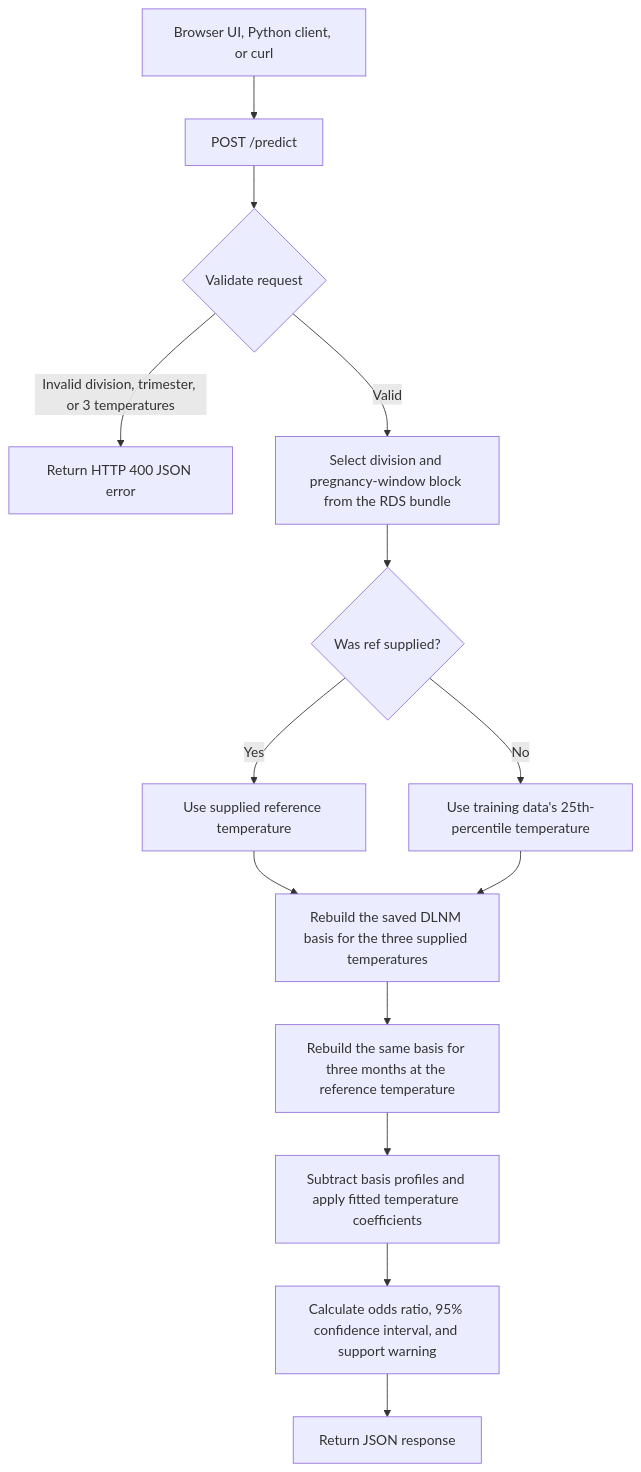
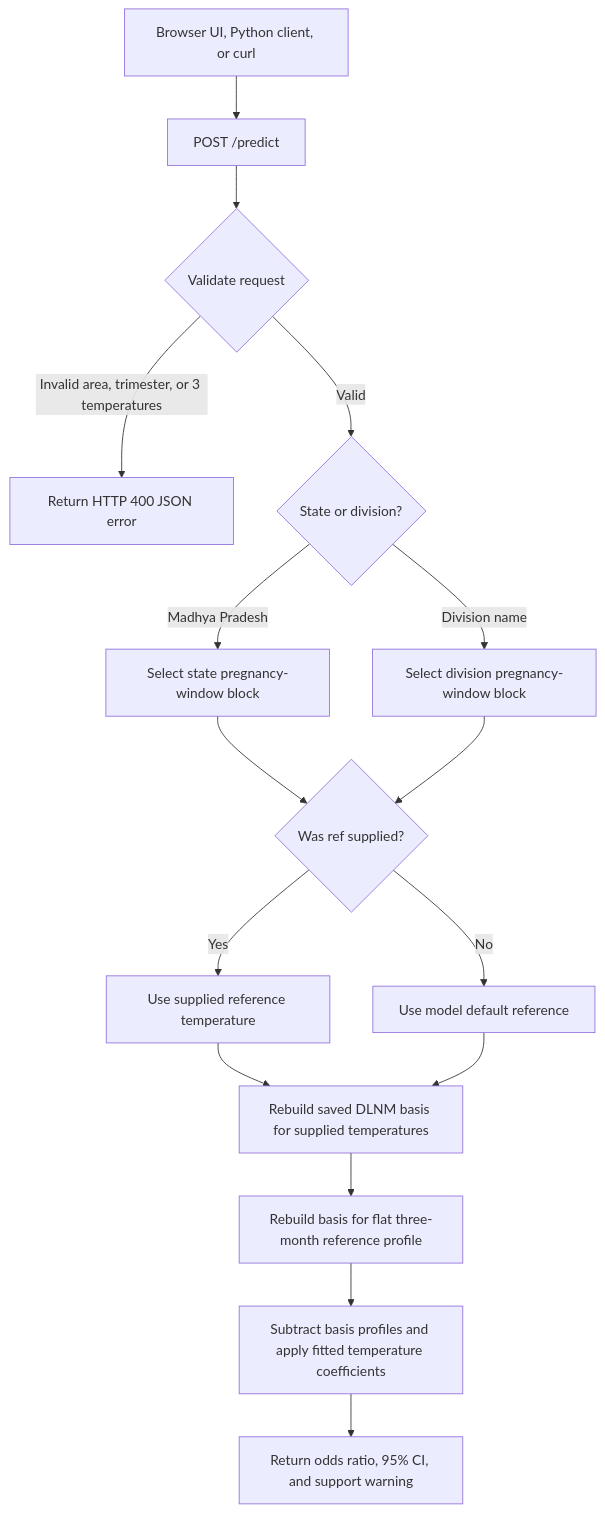
One commit to CHART-Scope/CHART changed the diagram in pipelines/LBW_demo/README.md. Above: the diagram before and after it, drawn with Mermaid. The commit also changed other lines of this file and 13 other files, not shown here.

````diff
--- a/pipelines/LBW_demo/README.md
+++ b/pipelines/LBW_demo/README.md
@@ -39,16 +96,18 @@
 ```mermaid
 flowchart TD
     A[Browser UI, Python client, or curl] --> B[POST /predict]
     B --> C{Validate request}
-    C -->|Invalid division, trimester, or 3 temperatures| D[Return HTTP 400 JSON error]
-    C -->|Valid| E[Select division and pregnancy-window block from the RDS bundle]
-    E --> F{Was ref supplied?}
-    F -->|Yes| G[Use supplied reference temperature]
-    F -->|No| H[Use training data's 25th-percentile temperature]
-    G --> I[Rebuild the saved DLNM basis for the three supplied temperatures]
-    H --> I
-    I --> J[Rebuild the same basis for three months at the reference temperature]
-    J --> K[Subtract basis profiles and apply fitted temperature coefficients]
-    K --> L[Calculate odds ratio, 95% confidence interval, and support warning]
-    L --> M[Return JSON response]
+    C -->|Invalid area, trimester, or 3 temperatures| D[Return HTTP 400 JSON error]
+    C -->|Valid| E{State or division?}
+    E -->|Madhya Pradesh| F[Select state pregnancy-window block]
+    E -->|Division name| G[Select division pregnancy-window block]
+    F --> H{Was ref supplied?}
+    G --> H
+    H -->|Yes| I[Use supplied reference temperature]
+    H -->|No| J[Use model default reference]
+    I --> K[Rebuild saved DLNM basis for supplied temperatures]
+    J --> K
+    K --> L[Rebuild basis for flat three-month reference profile]
+    L --> M[Subtract basis profiles and apply fitted temperature coefficients]
+    M --> N[Return odds ratio, 95% CI, and support warning]
 ```
````
